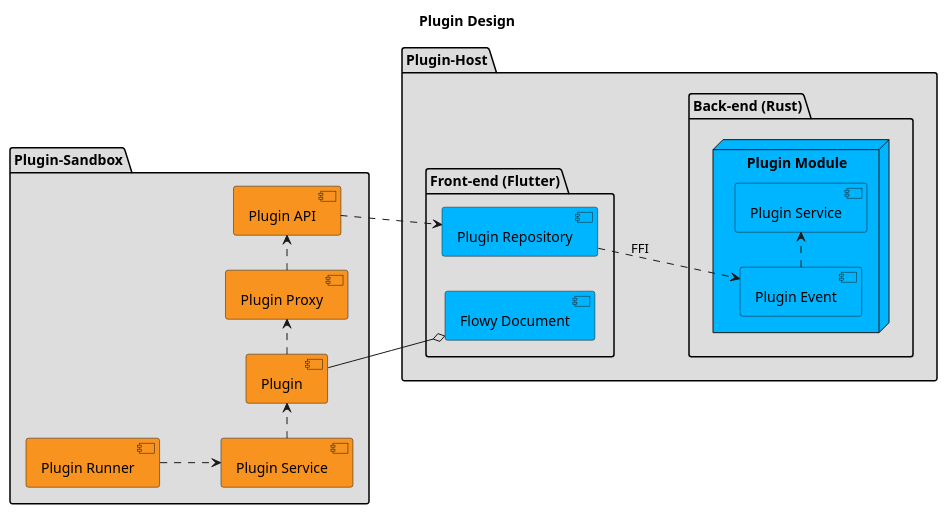
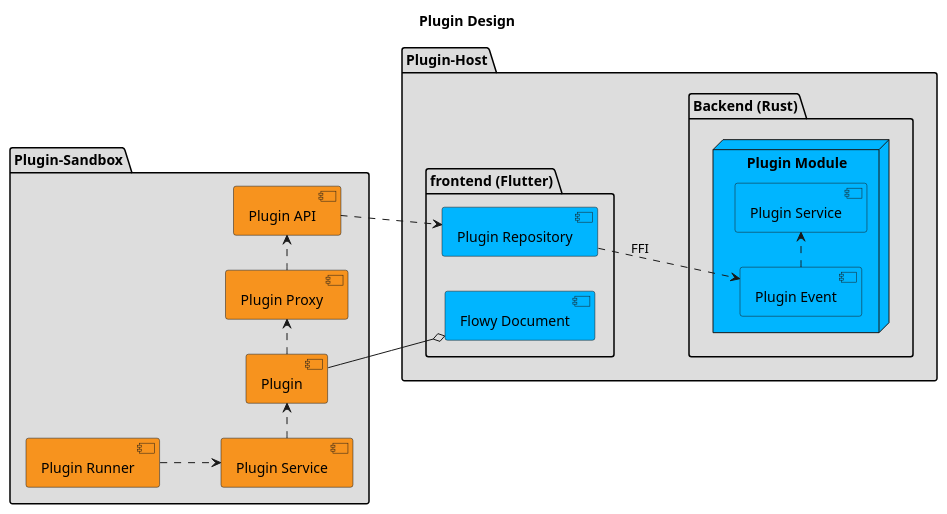
The first of 5 diagrams in uml/dart_flowy_sdk/flowy_plugin.plantuml (AppFlowy-IO/AppFlowy-Docs), drawn with PlantUML before and after one commit. The commit also changed other lines of this file and 16 other files, not shown here.

```diff
--- a/uml/dart_flowy_sdk/flowy_plugin.plantuml
+++ b/uml/dart_flowy_sdk/flowy_plugin.plantuml
@@ -1,37 +1,37 @@
 @startuml AppFlowy
 title Plugin Design
 left to right direction
 skinparam linetype polyline
 
 package "Plugin-Sandbox"  #DDDDDD {
     component [Plugin API] as plugin_api #F7931E
     component [Plugin Proxy] as plugin_proxy #F7931E
     component [Plugin Service] as plugin_service #F7931E
     component [Plugin Runner] as plugin_runner #F7931E
     component [Plugin] as plugin #F7931E
 }
 
 package Plugin-Host #DDDDDD {
-    package "Front-end (Flutter)" {
+    package "frontend (Flutter)" {
         component [Plugin Repository] as plugin_repo #00B5FF
         component [Flowy Document] as document #00B5FF
     }
 
-    package "Back-end (Rust)" {
+    package "Backend (Rust)" {
         node "Plugin Module" as plugin_module #00B5FF {
             component [Plugin Event] as plugin_event #00B5FF
             component [Plugin Service] as plugin_rust_service #00B5FF
         }
     }
 }
 
 plugin_runner ..> plugin_service
 plugin_service .> plugin
 plugin .> plugin_proxy
 plugin_proxy .> plugin_api
 plugin_api ..> plugin_repo
 plugin_repo ..> plugin_event : FFI
 plugin_event .> plugin_rust_service
 
 plugin --o document
 @enduml
```
